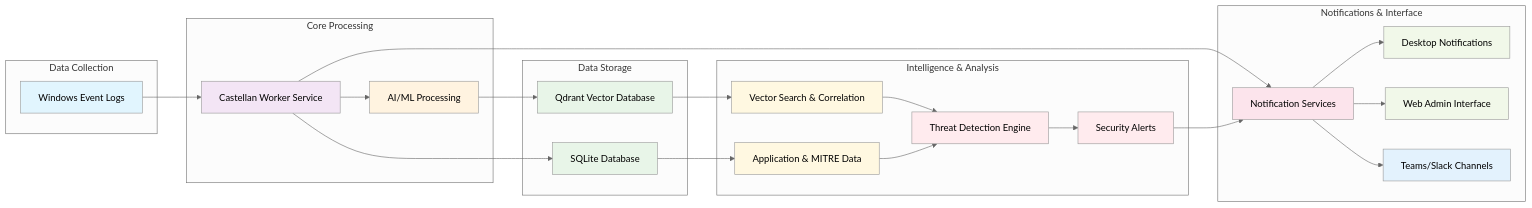
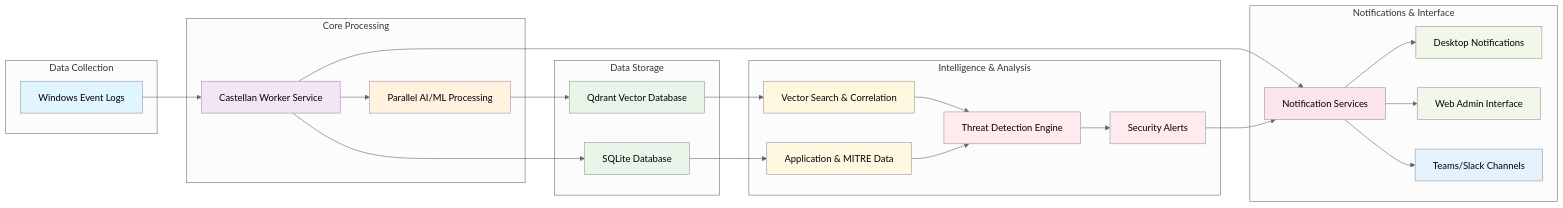
Before and after one commit to MLidstrom/Castellan: the diagram in README.md, drawn with Mermaid (neutral theme). The commit also changed other lines of this file, not shown here.

Commit message:
Update README.md
Added text about parallel processing optimizations.

````diff
--- a/README.md
+++ b/README.md
@@ -88,59 +88,59 @@
 ```mermaid
 flowchart LR
     A[Windows Event Logs] --> B[Castellan Worker Service]
-    B --> C[AI/ML Processing]
+    B --> C[Parallel AI/ML Processing]
     C --> D[Qdrant Vector Database]
     B --> K[SQLite Database]
     B --> E[Notification Services]
     E --> F[Desktop Notifications]
     E --> G[Web Admin Interface]
     E --> M[Teams/Slack Channels]
     D --> H[Vector Search & Correlation]
     K --> L[Application & MITRE Data]
     H --> I[Threat Detection Engine]
     I --> J[Security Alerts]
     J --> E
     L --> I
     
     subgraph "Data Collection"
         A
     end
     
     subgraph "Core Processing"
         B
         C
     end
     
     subgraph "Data Storage"
         D
         K
     end
     
     subgraph "Intelligence & Analysis"
         H
         L
         I
         J
     end
     
     subgraph "Notifications & Interface"
         F
         G
         M
         E
     end
     
     style A fill:#e1f5fe,color:#000
     style B fill:#f3e5f5,color:#000
     style C fill:#fff3e0,color:#000
     style D fill:#e8f5e8,color:#000
     style K fill:#e8f5e8,color:#000
     style E fill:#fce4ec,color:#000
     style F fill:#f1f8e9,color:#000
     style G fill:#f1f8e9,color:#000
     style H fill:#fff8e1,color:#000
     style L fill:#fff8e1,color:#000
     style I fill:#ffebee,color:#000
     style J fill:#ffebee,color:#000
     style M fill:#e3f2fd,color:#000
 ```
````
